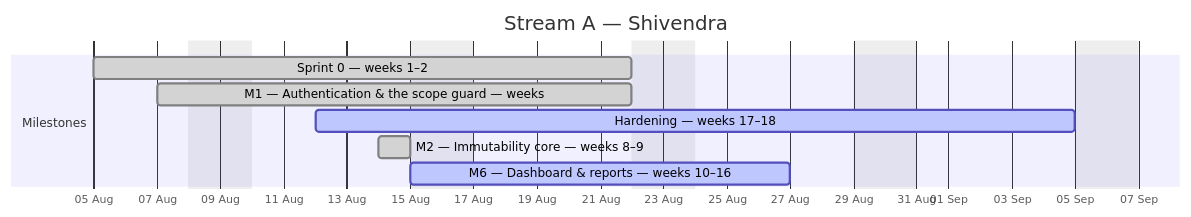
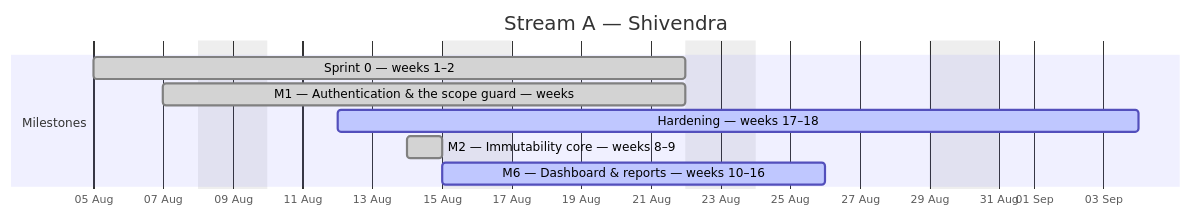
The first of 4 diagrams in docs/plan/GANTT.md (debashisedunext/EduTrack), drawn with Mermaid before and after one commit. The commit also changed other lines of this file and 3 other files, not shown here.

````diff
--- a/docs/plan/GANTT.md
+++ b/docs/plan/GANTT.md
@@ -86,13 +86,13 @@
 ```mermaid
 gantt
     dateFormat YYYY-MM-DD
     axisFormat %d %b
     title Stream A — Shivendra
     excludes weekends
     section Milestones
     Sprint 0 — weeks 1–2 :done, a0, 2026-08-05, 13d
     M1 — Authentication & the scope guard — weeks :done, a1, 2026-08-07, 11d
-    Hardening — weeks 17–18 :active, a2, 2026-08-12, 18d
+    Hardening — weeks 17–18 :active, a2, 2026-08-12, 17d
     M2 — Immutability core — weeks 8–9 :done, a3, 2026-08-14, 1d
-    M6 — Dashboard & reports — weeks 10–16 :active, a4, 2026-08-15, 9d
+    M6 — Dashboard & reports — weeks 10–16 :active, a4, 2026-08-15, 8d
 ```
````
